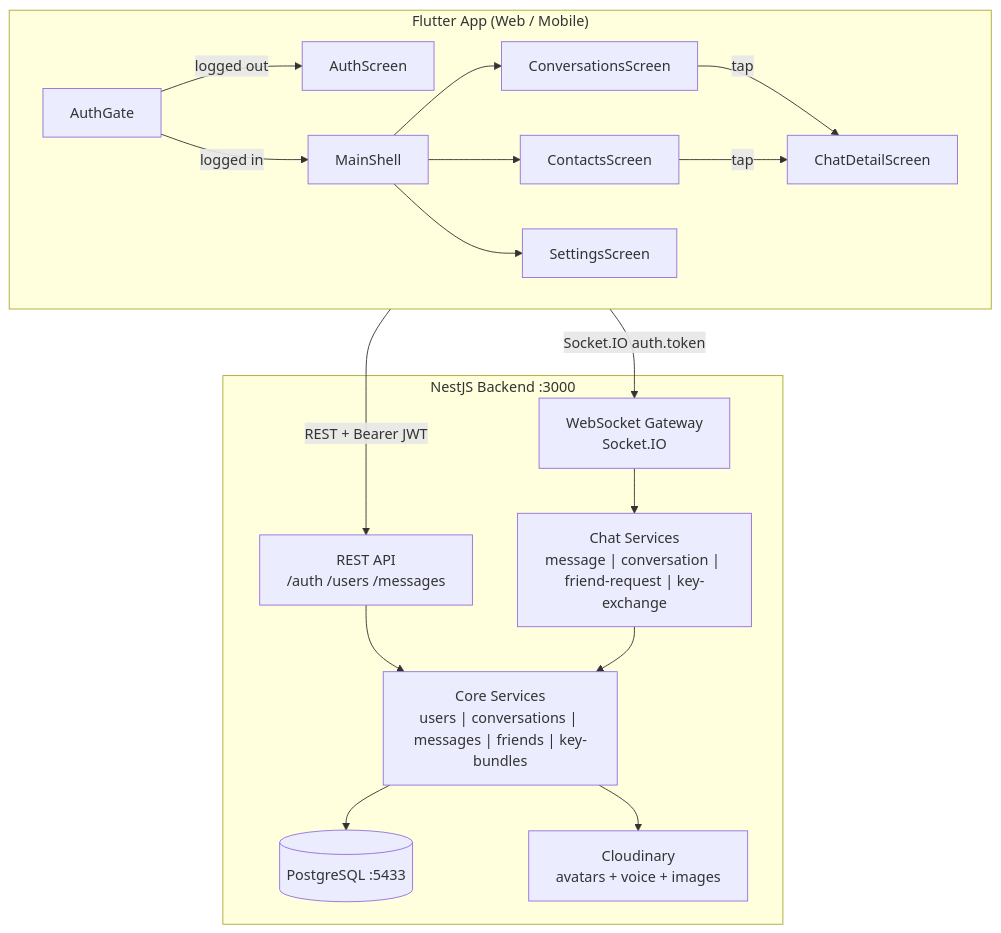
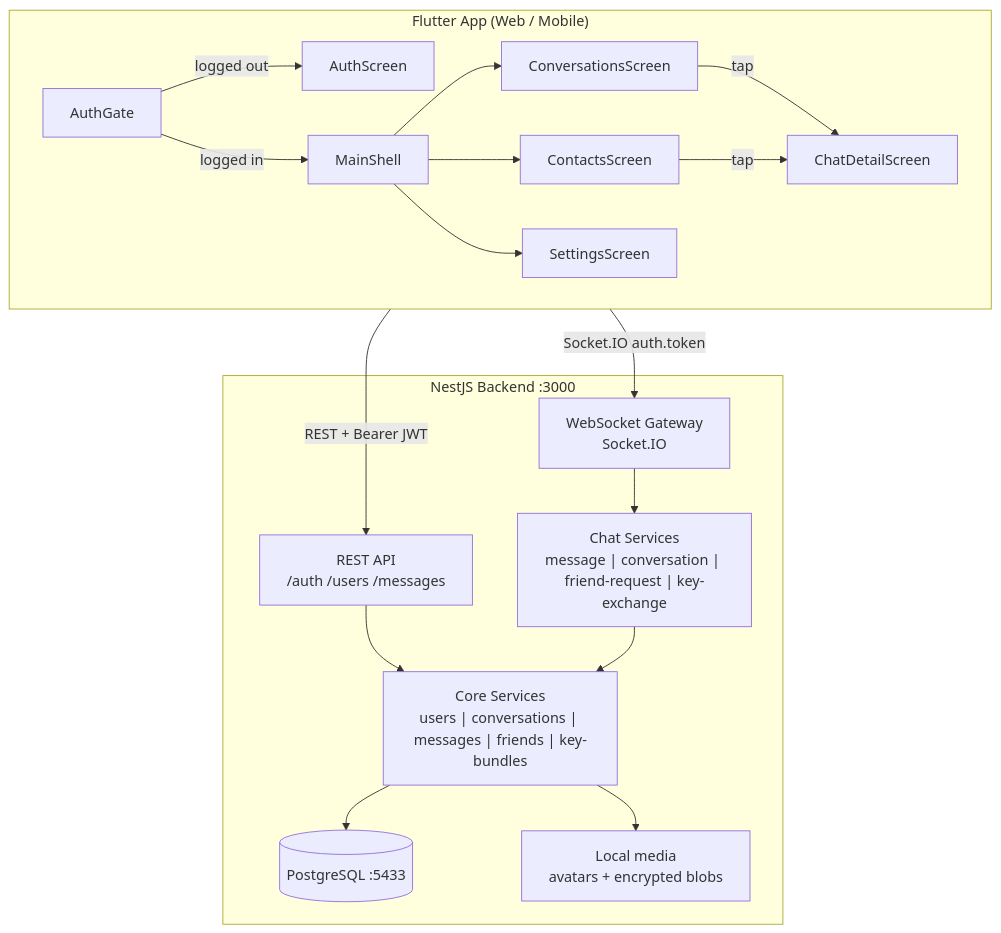
Before and after one commit to Lentach/Fireplace: the first of 2 diagrams in CLAUDE.md, drawn with Mermaid. The commit also changed other lines of this file and 19 other files, not shown here.

````diff
--- a/CLAUDE.md
+++ b/CLAUDE.md
@@ -113,26 +114,26 @@
 ```mermaid
 flowchart TB
     subgraph Client["Flutter App (Web / Mobile)"]
         AuthGate -->|logged out| AuthScreen
         AuthGate -->|logged in| MainShell
         MainShell --> ConversationsScreen
         MainShell --> ContactsScreen
         MainShell --> SettingsScreen
         ConversationsScreen -->|tap| ChatDetailScreen
         ContactsScreen -->|tap| ChatDetailScreen
     end
 
     subgraph Backend["NestJS Backend :3000"]
         REST["REST API\n/auth /users /messages"]
         WS["WebSocket Gateway\nSocket.IO"]
         REST --> Services
         WS --> ChatServices["Chat Services\nmessage | conversation | friend-request | key-exchange"]
         ChatServices --> Services
         Services["Core Services\nusers | conversations | messages | friends | key-bundles"]
         Services --> DB[(PostgreSQL :5433)]
-        Services --> Cloud["Cloudinary\navatars + voice + images"]
+        Services --> Media["Local media\navatars + encrypted blobs"]
     end
 
     Client -->|"REST + Bearer JWT"| REST
     Client -->|"Socket.IO auth.token"| WS
 ```
````
